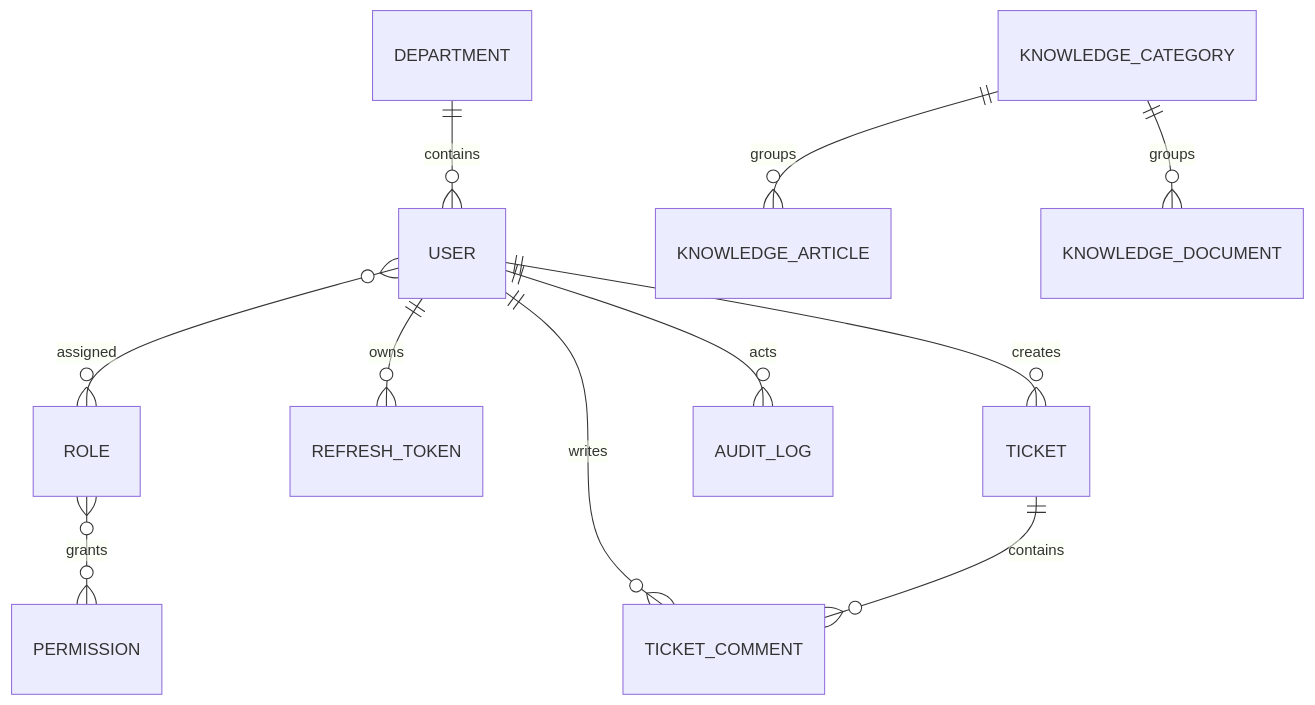
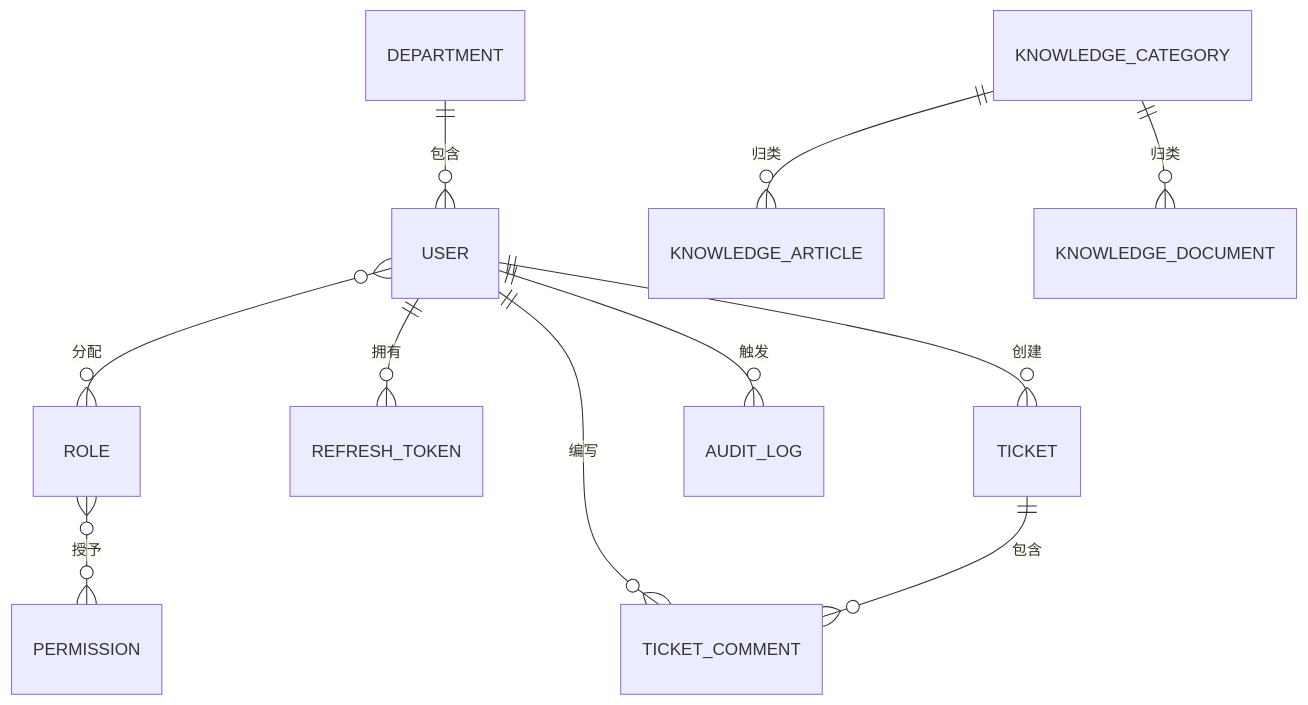
The third of 3 diagrams in README.md (YUKANN518/KnowledgeOps), drawn with Mermaid before and after one commit. The commit also changed other lines of this file and 31 other files, not shown here.

````diff
--- a/README.md
+++ b/README.md
@@ -115,13 +115,13 @@
 ```mermaid
 erDiagram
-    DEPARTMENT ||--o{ USER : contains
-    USER }o--o{ ROLE : assigned
-    ROLE }o--o{ PERMISSION : grants
-    USER ||--o{ REFRESH_TOKEN : owns
-    USER ||--o{ TICKET : creates
-    USER ||--o{ TICKET_COMMENT : writes
-    TICKET ||--o{ TICKET_COMMENT : contains
-    KNOWLEDGE_CATEGORY ||--o{ KNOWLEDGE_ARTICLE : groups
-    KNOWLEDGE_CATEGORY ||--o{ KNOWLEDGE_DOCUMENT : groups
-    USER ||--o{ AUDIT_LOG : acts
+    DEPARTMENT ||--o{ USER : 包含
+    USER }o--o{ ROLE : 分配
+    ROLE }o--o{ PERMISSION : 授予
+    USER ||--o{ REFRESH_TOKEN : 拥有
+    USER ||--o{ TICKET : 创建
+    USER ||--o{ TICKET_COMMENT : 编写
+    TICKET ||--o{ TICKET_COMMENT : 包含
+    KNOWLEDGE_CATEGORY ||--o{ KNOWLEDGE_ARTICLE : 归类
+    KNOWLEDGE_CATEGORY ||--o{ KNOWLEDGE_DOCUMENT : 归类
+    USER ||--o{ AUDIT_LOG : 触发
 ```
````
